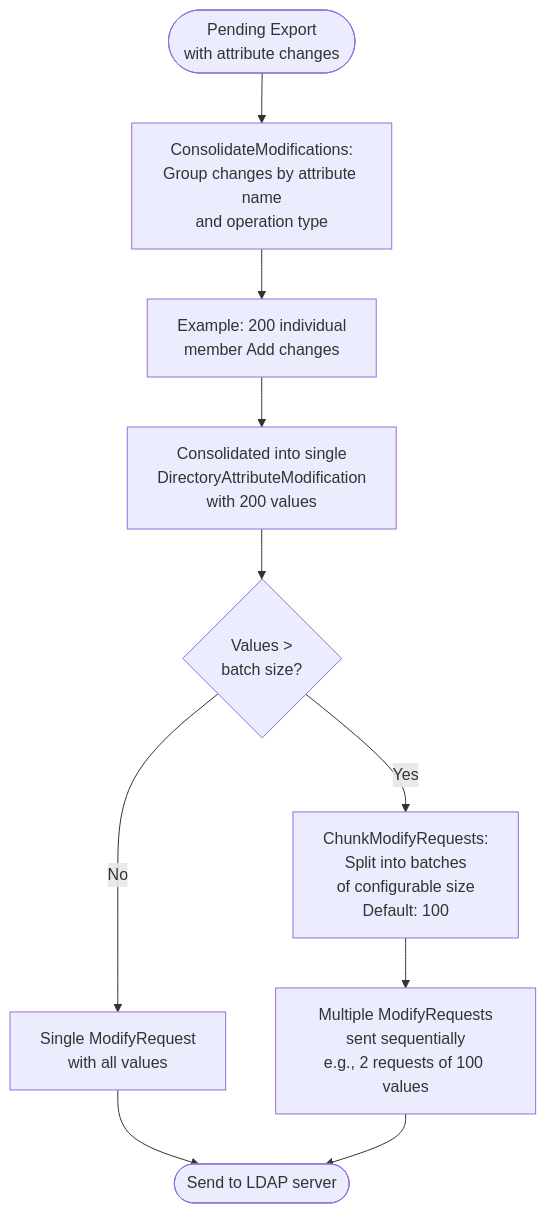
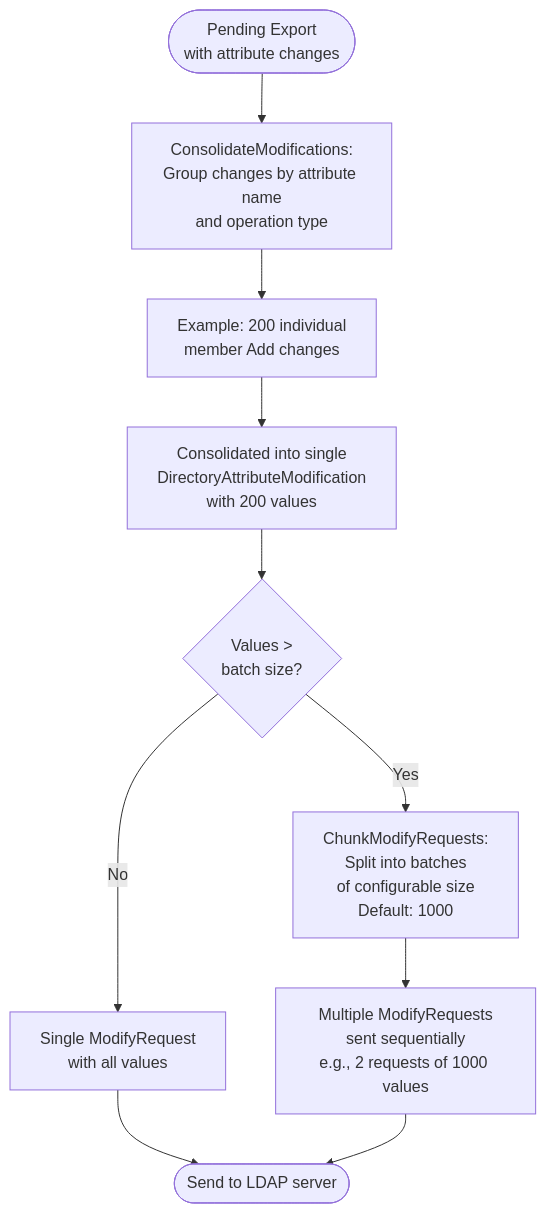
One commit to TetronIO/JIM changed the fourth of 5 diagrams in docs/developer/diagrams/EXPORT_EXECUTION_FLOW.md. Above: the diagram before and after it, drawn with Mermaid. The commit also changed other lines of this file and 7 other files, not shown here.

````diff
--- a/docs/developer/diagrams/EXPORT_EXECUTION_FLOW.md
+++ b/docs/developer/diagrams/EXPORT_EXECUTION_FLOW.md
@@ -120,15 +131,15 @@
 ```mermaid
 flowchart TD
     Input([Pending Export<br/>with attribute changes]) --> Consolidate[ConsolidateModifications:<br/>Group changes by attribute name<br/>and operation type]
 
     Consolidate --> Example1[Example: 200 individual<br/>member Add changes]
     Example1 --> Merged[Consolidated into single<br/>DirectoryAttributeModification<br/>with 200 values]
 
     Merged --> CheckSize{Values ><br/>batch size?}
     CheckSize -->|No| SingleRequest[Single ModifyRequest<br/>with all values]
-    CheckSize -->|Yes| Chunk[ChunkModifyRequests:<br/>Split into batches<br/>of configurable size<br/>Default: 100]
-    Chunk --> MultiRequest[Multiple ModifyRequests<br/>sent sequentially<br/>e.g., 2 requests of 100 values]
+    CheckSize -->|Yes| Chunk[ChunkModifyRequests:<br/>Split into batches<br/>of configurable size<br/>Default: 1000]
+    Chunk --> MultiRequest[Multiple ModifyRequests<br/>sent sequentially<br/>e.g., 2 requests of 1000 values]
 
     SingleRequest --> Send([Send to LDAP server])
     MultiRequest --> Send
 ```
````
